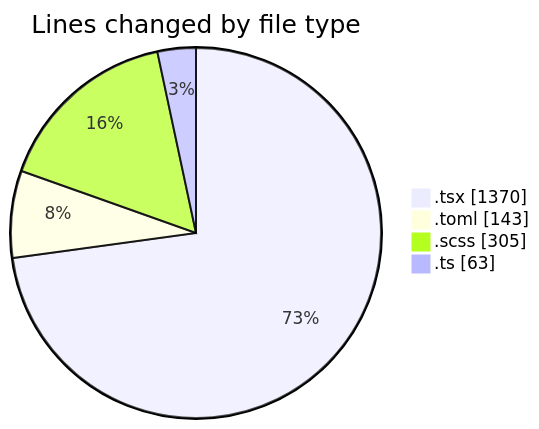
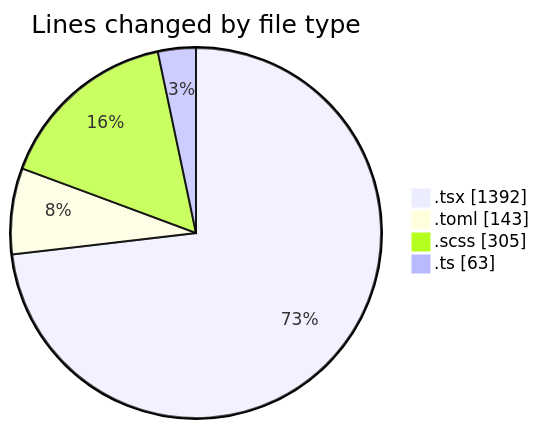
Before and after one commit to momahboobian/code-tracking: the first of 2 diagrams in 2026-11-02/cda/README.md, drawn with Mermaid. The commit also changed other lines of this file and 1 other file, not shown here.

````diff
--- a/2026-11-02/cda/README.md
+++ b/2026-11-02/cda/README.md
@@ -29,8 +29,8 @@
 ```mermaid
 pie showData
 title Lines changed by file type
-".tsx" : 1370
+".tsx" : 1392
 ".toml" : 143
 ".scss" : 305
 ".ts" : 63
 ```
````
